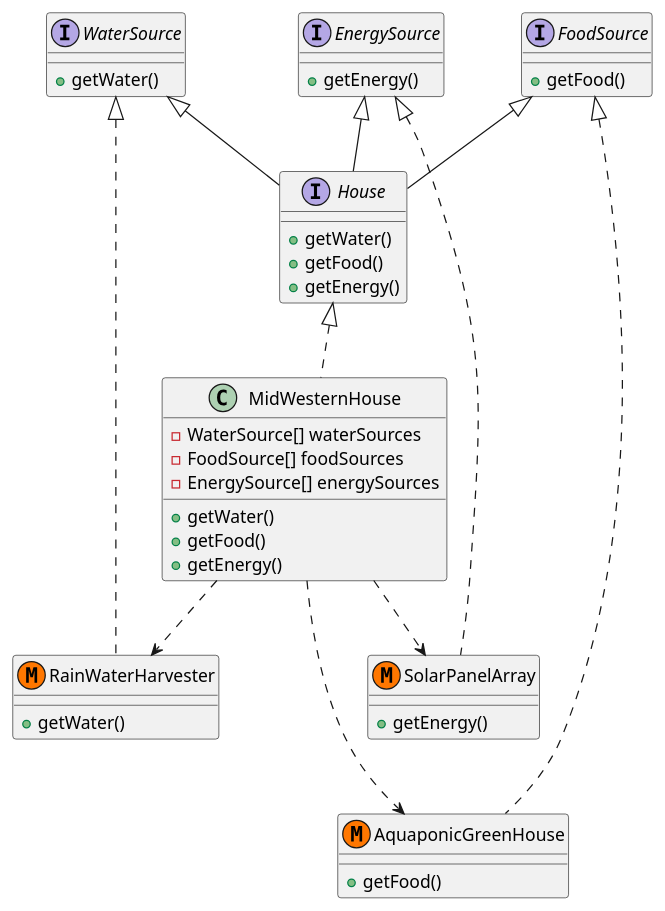
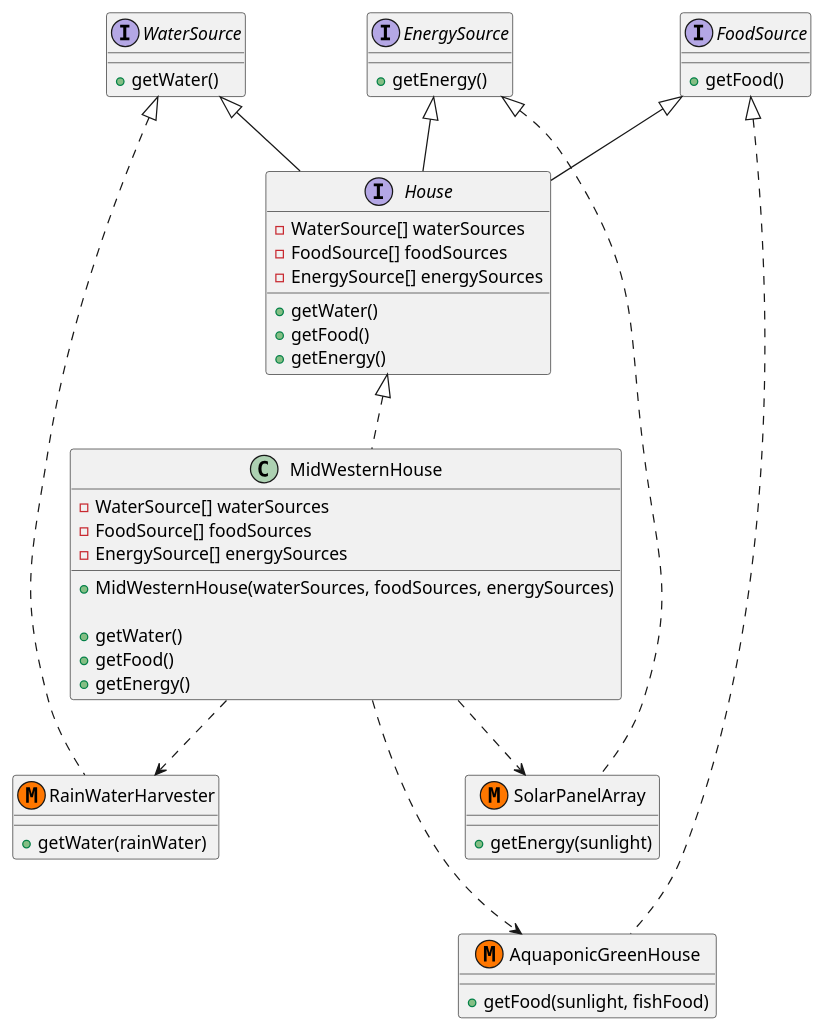
One commit to gbroques/ecovillage-resource-management-spec changed the diagram in mid-western-house-implementation.plantuml. Above: the diagram before and after it, drawn with PlantUML. The commit also changed 1 other file, not shown here.

```diff
--- a/mid-western-house-implementation.plantuml
+++ b/mid-western-house-implementation.plantuml
@@ -1,49 +1,55 @@
 @startuml mid-western-house-implementation
 
 interface WaterSource {
    + getWater()
 }
 
 interface FoodSource {
    + getFood()
 }
 
 interface EnergySource {
    + getEnergy()
 }
 
 interface House extends WaterSource, FoodSource, EnergySource {
+   - WaterSource[] waterSources
+   - FoodSource[] foodSources
+   - EnergySource[] energySources
+   
    + getWater()
    + getFood()
    + getEnergy()
 }
 
 class MidWesternHouse implements House {
    - WaterSource[] waterSources
    - FoodSource[] foodSources
    - EnergySource[] energySources
+
+   + MidWesternHouse(waterSources, foodSources, energySources)
    
    + getWater()
    + getFood()
    + getEnergy()
 }
 
 ' Responsible for the collection, storage, and purification of rain-water
 class RainWaterHarvester  << (M,#FF7700) >> implements WaterSource {
-   + getWater()
+   + getWater(rainWater)
 }
 
 
 class AquaponicGreenHouse << (M,#FF7700) >> implements FoodSource {
-   + getFood()
+   + getFood(sunlight, fishFood)
 }
 
 
 class SolarPanelArray << (M,#FF7700) >> implements EnergySource {
-   + getEnergy()
+   + getEnergy(sunlight)
 }
 
 MidWesternHouse ..> RainWaterHarvester
 MidWesternHouse ..-> AquaponicGreenHouse
 MidWesternHouse ..> SolarPanelArray
 @enduml
```
